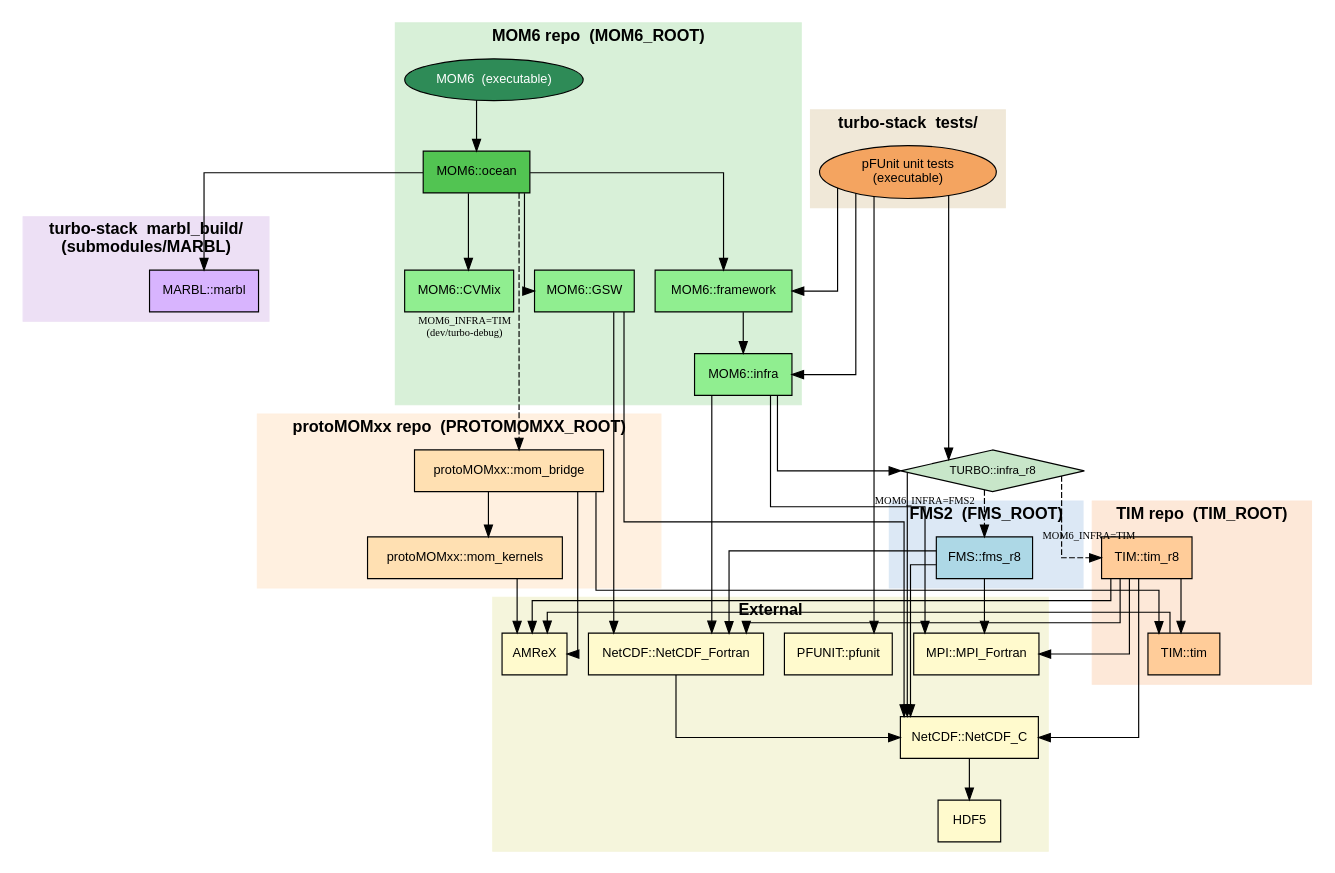
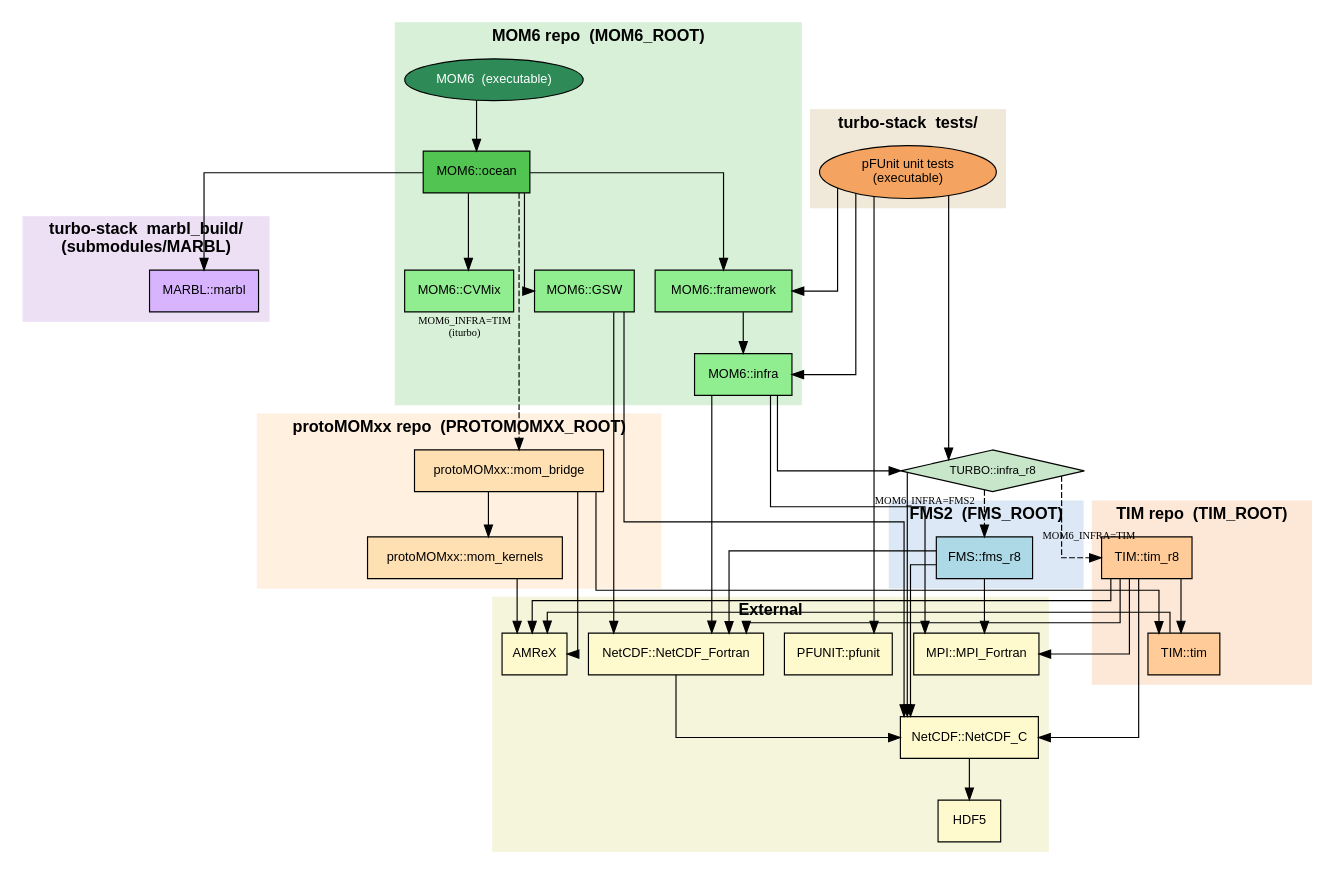
The diagram in docs/cmake_dependency_dag.dot (TURBO-ESM/turbo-stack), drawn with Graphviz before and after one commit. The commit also changed 9 other files, not shown here.

```diff
--- a/docs/cmake_dependency_dag.dot
+++ b/docs/cmake_dependency_dag.dot
@@ -1,124 +1,124 @@
 digraph turbo_stack_deps {
     rankdir=TB;
     compound=true;
     node [shape=box, fontname="Helvetica", fontsize=11];
     edge [fontsize=9];
     splines=ortho;
 
     // ── External packages ────────────────────────────────────────────────────
     subgraph cluster_external {
         label="External";
         style=filled; color="#f5f5dc"; fontname="Helvetica-Bold";
 
         hdf5      [label="HDF5",                  fillcolor="#fffacd", style=filled];
         netcdf_c  [label="NetCDF::NetCDF_C",       fillcolor="#fffacd", style=filled];
         netcdf_f  [label="NetCDF::NetCDF_Fortran", fillcolor="#fffacd", style=filled];
         mpi       [label="MPI::MPI_Fortran",       fillcolor="#fffacd", style=filled];
         amrex     [label="AMReX",                  fillcolor="#fffacd", style=filled];
         pfunit    [label="PFUNIT::pfunit",         fillcolor="#fffacd", style=filled];
     }
 
     netcdf_c -> hdf5;
     netcdf_f -> netcdf_c;
 
     // ── FMS2 ─────────────────────────────────────────────────────────────────
     subgraph cluster_fms2 {
         label="FMS2  (FMS_ROOT)";
         style=filled; color="#dce8f5"; fontname="Helvetica-Bold";
 
         fms_r8 [label="FMS::fms_r8", fillcolor="#add8e6", style=filled];
     }
 
     fms_r8 -> netcdf_c;
     fms_r8 -> netcdf_f;
     fms_r8 -> mpi;
 
     // ── TIM ──────────────────────────────────────────────────────────────────
     subgraph cluster_tim {
         label="TIM repo  (TIM_ROOT)";
         style=filled; color="#fde8d8"; fontname="Helvetica-Bold";
 
         tim_r8  [label="TIM::tim_r8", fillcolor="#ffcc99", style=filled];
         tim_cpp [label="TIM::tim",    fillcolor="#ffcc99", style=filled];
     }
 
     tim_r8 -> amrex;
     tim_r8 -> netcdf_c;
     tim_r8 -> netcdf_f;
     tim_r8 -> mpi;
     tim_r8 -> tim_cpp;
     tim_cpp -> amrex;
 
     // ── protoMOMxx (MOM C++ kernels + the bridge MOM6 calls under -D_TIM) ────
     subgraph cluster_protomom {
         label="protoMOMxx repo  (PROTOMOMXX_ROOT)";
         style=filled; color="#fff0e0"; fontname="Helvetica-Bold";
 
         mom_bridge  [label="protoMOMxx::mom_bridge",  fillcolor="#ffe0b2", style=filled];
         mom_kernels [label="protoMOMxx::mom_kernels", fillcolor="#ffe0b2", style=filled];
     }
 
     mom_bridge  -> mom_kernels;
     mom_bridge  -> tim_cpp;
     mom_bridge  -> amrex;
     mom_kernels -> amrex;
 
     // ── TURBO::infra_r8 (backend-agnostic INTERFACE wrapper) ─────────────────
     turbo_infra [label="TURBO::infra_r8",
                  shape=diamond, fillcolor="#c8e6c9", style=filled, fontsize=10];
     turbo_infra -> fms_r8  [style=dashed, xlabel="MOM6_INFRA=FMS2"];
     turbo_infra -> tim_r8  [style=dashed, xlabel="MOM6_INFRA=TIM"];
     // Explicit so libnetcdf.so's absolute path lands on every link line that
     // uses TURBO::infra_r8 (see turbo-stack CMakeLists.txt). Solid: always present.
     turbo_infra -> netcdf_c;
 
     // ── MARBL (turbo-stack owned) ─────────────────────────────────────────────
     subgraph cluster_marbl {
         label="turbo-stack  marbl_build/\n(submodules/MARBL)";
         style=filled; color="#ede0f5"; fontname="Helvetica-Bold";
 
         mom6_marbl [label="MARBL::marbl", fillcolor="#d8b4fe", style=filled];
     }
 
     // ── MOM6 repo ────────────────────────────────────────────────────────────
     subgraph cluster_mom6 {
         label="MOM6 repo  (MOM6_ROOT)";
         style=filled; color="#d8f0d8"; fontname="Helvetica-Bold";
 
         cvmix    [label="MOM6::CVMix",          fillcolor="#90ee90", style=filled];
         gsw      [label="MOM6::GSW",            fillcolor="#90ee90", style=filled];
         infra    [label="MOM6::infra",          fillcolor="#90ee90", style=filled];
         fw       [label="MOM6::framework",      fillcolor="#90ee90", style=filled];
         ocean    [label="MOM6::ocean",          fillcolor="#52c452", style=filled];
         mom6_exe [label="MOM6  (executable)",   fillcolor="#2e8b57", style=filled,
                   fontcolor=white, shape=ellipse];
     }
 
     gsw     -> netcdf_c;
     gsw     -> netcdf_f;
     infra   -> turbo_infra;
     infra   -> mpi;
     infra   -> netcdf_f;
     fw      -> infra;
     ocean   -> fw;
     ocean   -> cvmix;
     ocean   -> gsw;
     ocean   -> mom6_marbl;
-    // Only MOM6 dev/turbo-debug has this link, and only under MOM6_INFRA=TIM.
-    ocean   -> mom_bridge [style=dashed, xlabel="MOM6_INFRA=TIM\n(dev/turbo-debug)"];
+    // Only MOM6 iturbo has this link, and only under MOM6_INFRA=TIM.
+    ocean   -> mom_bridge [style=dashed, xlabel="MOM6_INFRA=TIM\n(iturbo)"];
     mom6_exe -> ocean;
 
     // ── turbo-stack tests ─────────────────────────────────────────────────────
     subgraph cluster_tests {
         label="turbo-stack  tests/";
         style=filled; color="#f0e8d8"; fontname="Helvetica-Bold";
 
         tests [label="pFUnit unit tests\n(executable)", fillcolor="#f4a460", style=filled,
                shape=ellipse];
     }
 
     tests -> fw;
     tests -> infra;
     tests -> turbo_infra;
     tests -> pfunit;
 }
```
